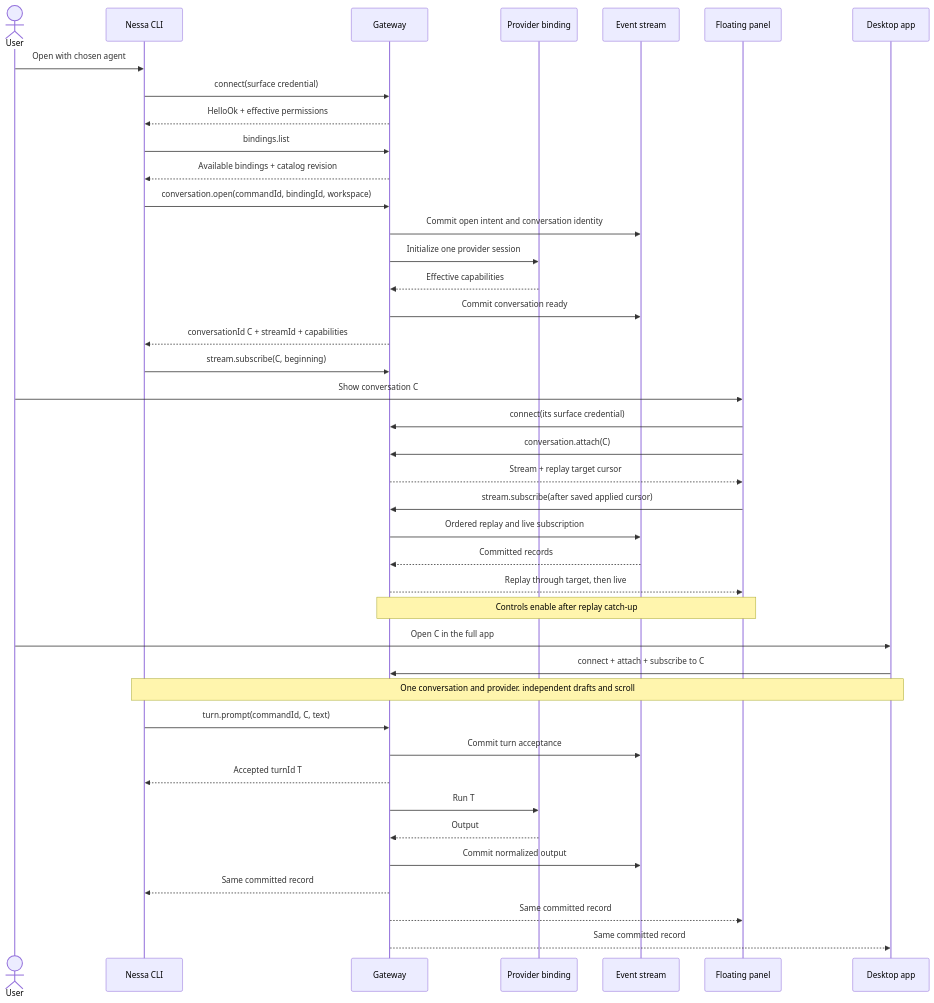
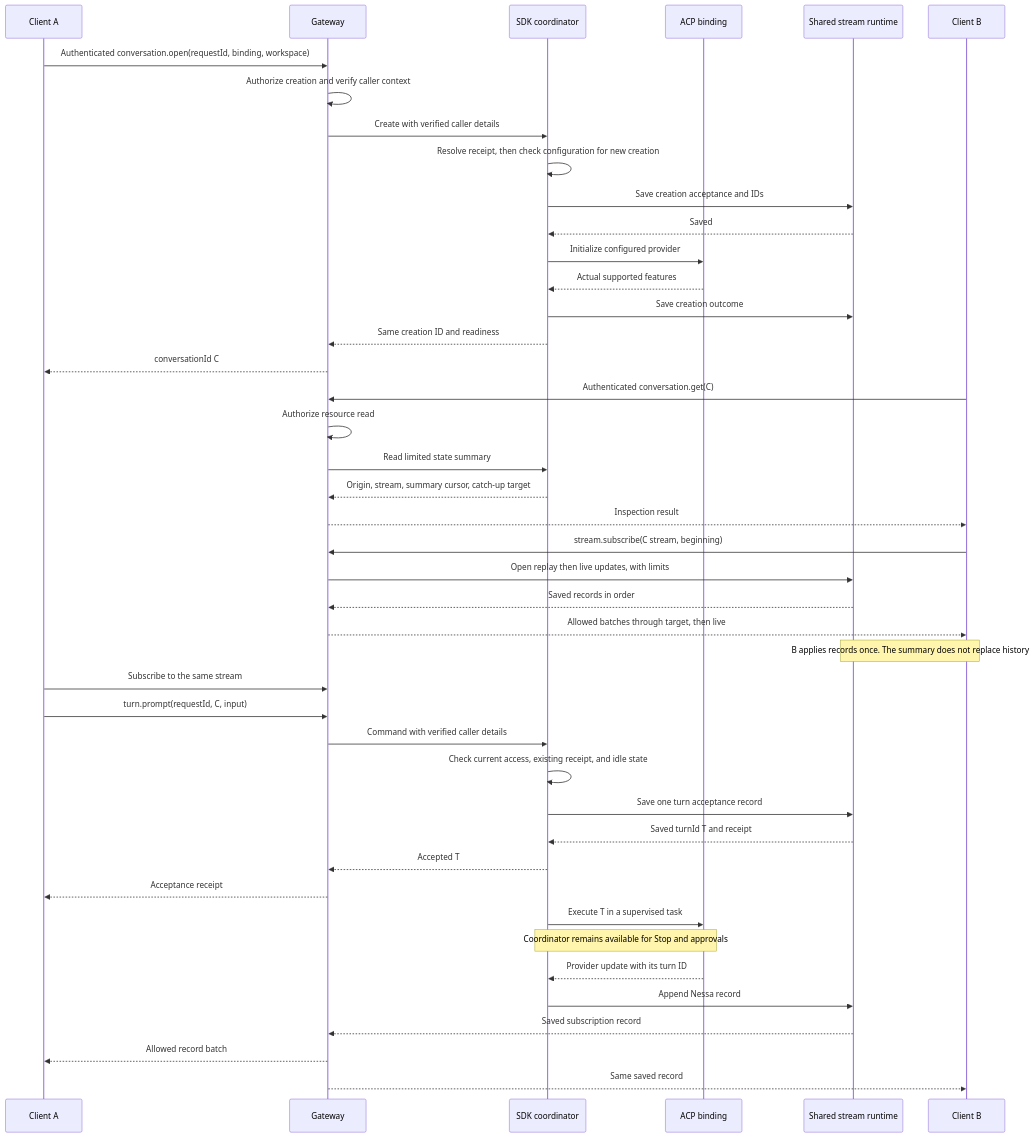
The second of 4 diagrams in docs/design/collaboration-sequences-and-mcp.md (nessalabs/nessa-agent), drawn with Mermaid before and after one commit. The commit also changed other lines of this file and 43 other files, not shown here.

First line of the commit message:
Implement model metadata catalog and document agent runtime boundaries (#25)

````diff
--- a/docs/design/collaboration-sequences-and-mcp.md
+++ b/docs/design/collaboration-sequences-and-mcp.md
@@ -87,43 +45,45 @@
 ```mermaid
 sequenceDiagram
-    actor User
-    participant CLI as Nessa CLI
+    participant A as Client A
     participant G as Gateway
-    participant P as Provider binding
-    participant S as Event stream
-    participant UI as Floating panel
-    participant App as Desktop app
-    User->>CLI: Open with chosen agent
-    CLI->>G: connect(surface credential)
-    G-->>CLI: HelloOk + effective permissions
-    CLI->>G: bindings.list
-    G-->>CLI: Available bindings + catalog revision
-    CLI->>G: conversation.open(commandId, bindingId, workspace)
-    G->>S: Commit open intent and conversation identity
-    G->>P: Initialize one provider session
-    P-->>G: Effective capabilities
-    G->>S: Commit conversation ready
-    G-->>CLI: conversationId C + streamId + capabilities
-    CLI->>G: stream.subscribe(C, beginning)
-    User->>UI: Show conversation C
-    UI->>G: connect(its surface credential)
-    UI->>G: conversation.attach(C)
-    G-->>UI: Stream + replay target cursor
-    UI->>G: stream.subscribe(after saved applied cursor)
-    G->>S: Ordered replay and live subscription
-    S-->>G: Committed records
-    G-->>UI: Replay through target, then live
-    Note over UI,G: Controls enable after replay catch-up
-    User->>App: Open C in the full app
-    App->>G: connect + attach + subscribe to C
-    Note over CLI,App: One conversation and provider. independent drafts and scroll
-    CLI->>G: turn.prompt(commandId, C, text)
-    G->>S: Commit turn acceptance
-    G-->>CLI: Accepted turnId T
-    G->>P: Run T
-    P-->>G: Output
-    G->>S: Commit normalized output
-    G-->>CLI: Same committed record
-    G-->>UI: Same committed record
-    G-->>App: Same committed record
+    participant R as SDK coordinator
+    participant P as ACP binding
+    participant S as Shared stream runtime
+    participant B as Client B
+    A->>G: Authenticated conversation.open(requestId, binding, workspace)
+    G->>G: Authorize creation and verify caller context
+    G->>R: Create with verified caller details
+    R->>R: Resolve receipt, then check configuration for new creation
+    R->>S: Save creation acceptance and IDs
+    S-->>R: Saved
+    R->>P: Initialize configured provider
+    P-->>R: Actual supported features
+    R->>S: Save creation outcome
+    R-->>G: Same creation ID and readiness
+    G-->>A: conversationId C
+    B->>G: Authenticated conversation.get(C)
+    G->>G: Authorize resource read
+    G->>R: Read limited state summary
+    R-->>G: Origin, stream, summary cursor, catch-up target
+    G-->>B: Inspection result
+    B->>G: stream.subscribe(C stream, beginning)
+    G->>S: Open replay then live updates, with limits
+    S-->>G: Saved records in order
+    G-->>B: Allowed batches through target, then live
+    Note over B,S: B applies records once. The summary does not replace history
+    A->>G: Subscribe to the same stream
+    A->>G: turn.prompt(requestId, C, input)
+    G->>R: Command with verified caller details
+    R->>R: Check current access, existing receipt, and idle state
+    R->>S: Save one turn acceptance record
+    S-->>R: Saved turnId T and receipt
+    R-->>G: Accepted T
+    G-->>A: Acceptance receipt
+    R->>P: Execute T in a supervised task
+    Note over R,P: Coordinator remains available for Stop and approvals
+    P-->>R: Provider update with its turn ID
+    R->>S: Append Nessa record
+    S-->>G: Saved subscription record
+    G-->>A: Allowed record batch
+    G-->>B: Same saved record
 ```
````
